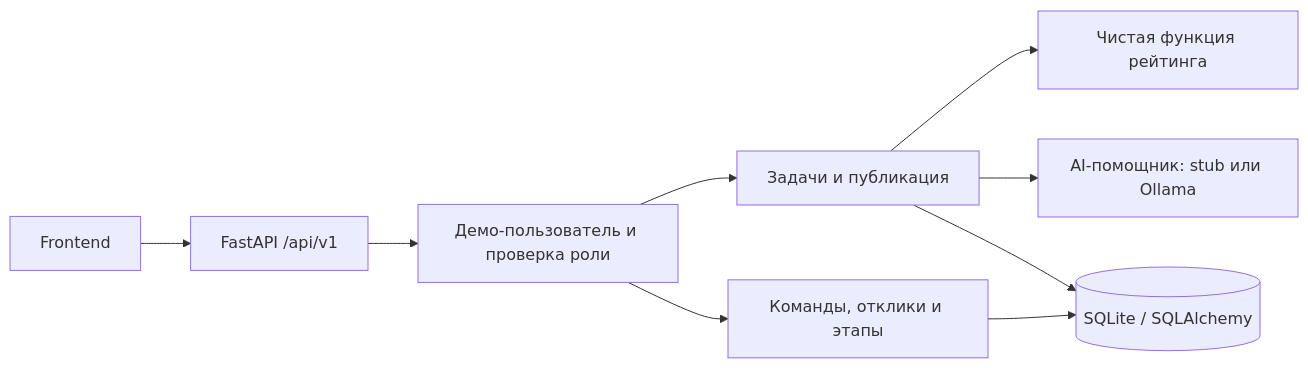
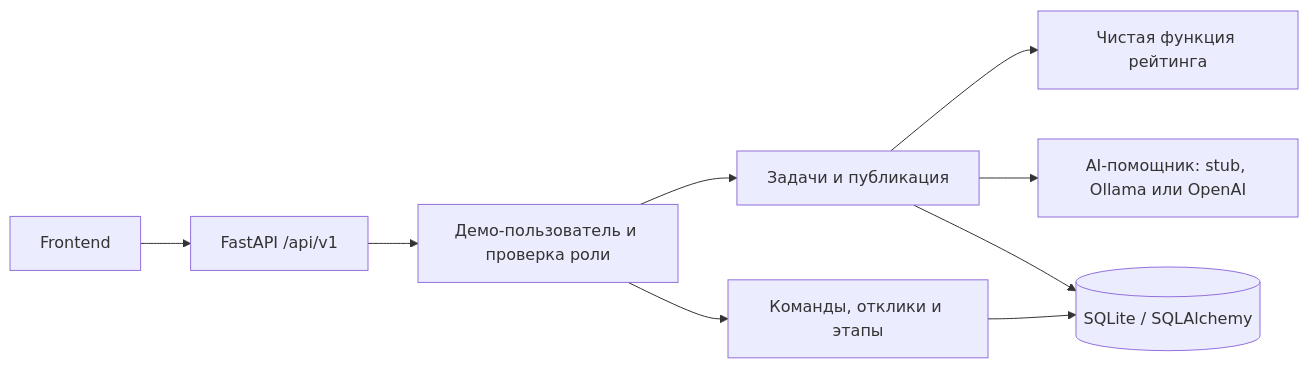
The first of 2 diagrams in backend/docs/architecture.md (BAITC-Hacks/hack-f2139e4f-whynot), drawn with Mermaid before and after one commit. The commit also changed 7 other files, not shown here.

````diff
--- a/backend/docs/architecture.md
+++ b/backend/docs/architecture.md
@@ -27,11 +27,11 @@
 ```mermaid
 flowchart LR
     F[Frontend] --> A[FastAPI /api/v1]
     A --> D[Демо-пользователь и проверка роли]
     D --> T[Задачи и публикация]
     D --> P[Команды, отклики и этапы]
     T --> R[Чистая функция рейтинга]
-    T --> AI[AI-помощник: stub или Ollama]
+    T --> AI[AI-помощник: stub, Ollama или OpenAI]
     T --> DB[(SQLite / SQLAlchemy)]
     P --> DB
 ```
````
